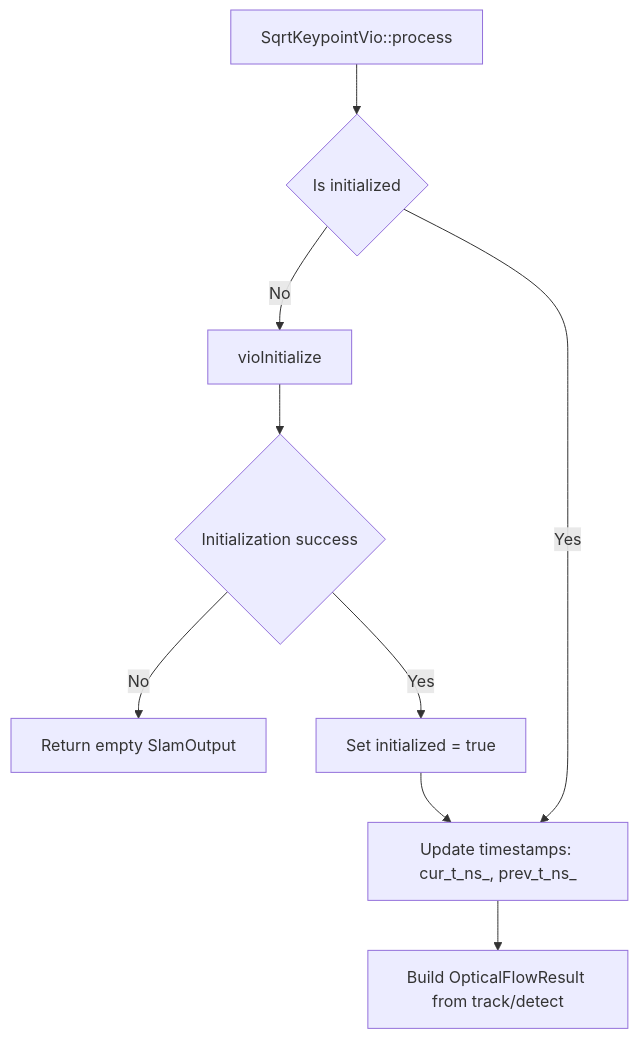
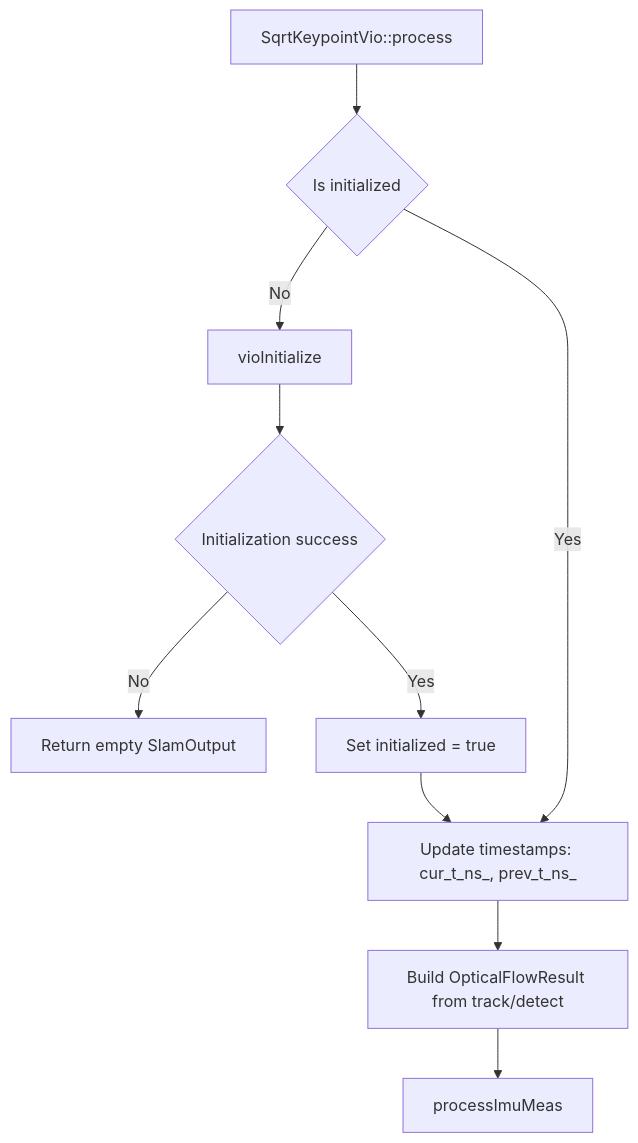
One commit to huzixuan1/iodraw-files changed the diagram in all/未命名-3.md. Above: the diagram before and after it, drawn with Mermaid.

Commit message:
2025-04-21 17:34:43 update

````diff
--- a/all/未命名-3.md
+++ b/all/未命名-3.md
@@ -1,51 +1,51 @@
 ```mermaid
 graph TD
     A[SqrtKeypointVio::process] --> B{Is initialized}
     B -- No --> C[vioInitialize]
     C --> D{Initialization success}
     D -- No --> E[Return empty SlamOutput]
     D -- Yes --> F[Set initialized = true]
     F --> G[Update timestamps: cur_t_ns_, prev_t_ns_]
     
     
     B -- Yes --> G
 
     G --> H[Build OpticalFlowResult from track/detect]
-    %% H --> I[Call processImuMeas()]
+    H --> I[processImuMeas]
     %% I --> J[Call processVisionMeas()]
     %% J --> K[Solve Optimization with Sliding Window]
 
     %% K --> L{Is keyframe}
     %% L -- Yes --> M[Add Keyframe + Update IMU State]
     %% L -- No --> N[Skip Keyframe Update]
 
     %% M --> O[Update Landmark Database]
     %% N --> O
 
     %% O --> P[Generate SlamOutput]
     %% P --> Q[Return result]
 
     %% B --> C[solve主优化]
     %% C --> D[createVariablesAndFactors]
     %% D --> E{{迭代循环}}
     %% E --> F[linearizeSystem]
     %% F --> G[linearSolve]
     %% G --> H{checkStepSuccess?}
     %% H -- 是 --> I[acceptStep]
     %% H -- 否 --> J[rejectStep]
     %% I --> E
     %% J --> E
     %% E --> K[marginalize]
     %% K --> L[generateNewMarginPrior]
     %% K --> M[createMarginVariableAndFactors]
     
     %% subgraph 辅助操作
     %%     N[backup/restore]
     %%     O[checkMarginPriorNullSpace]
     %%     P[updateOnlineCalib]
     %% end
     %% C --> N
     %% K --> O
     %% C --> P
 
 ```
````
